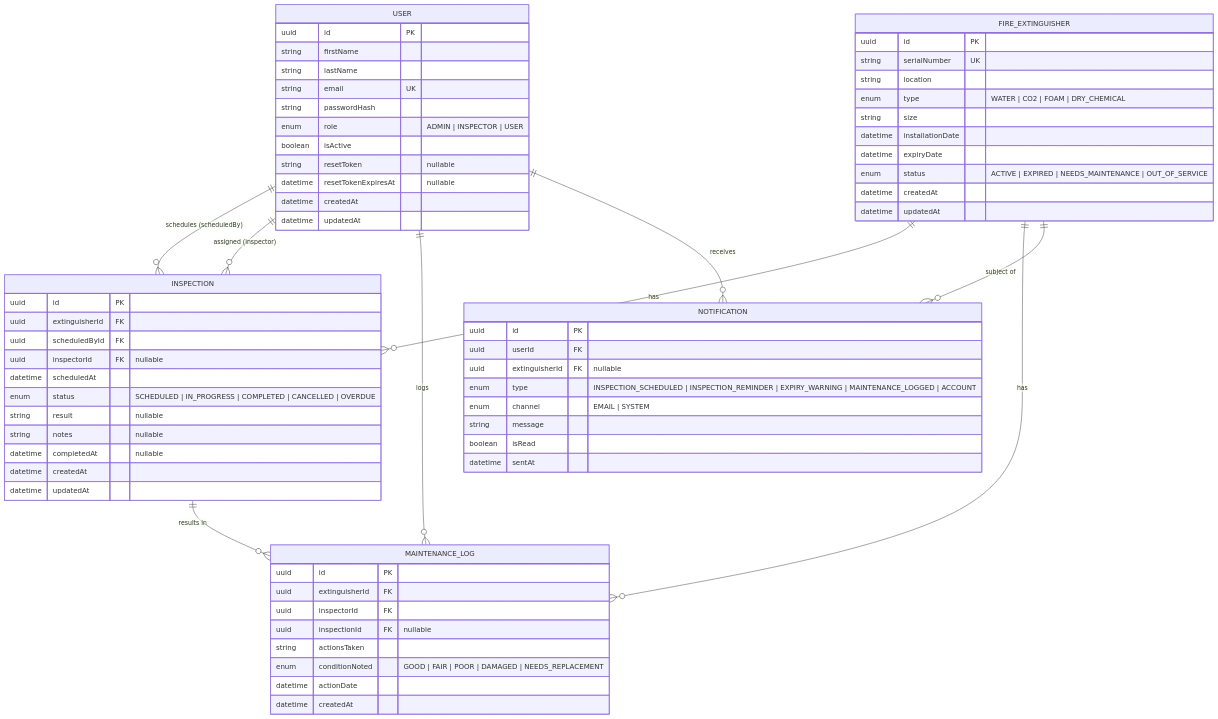
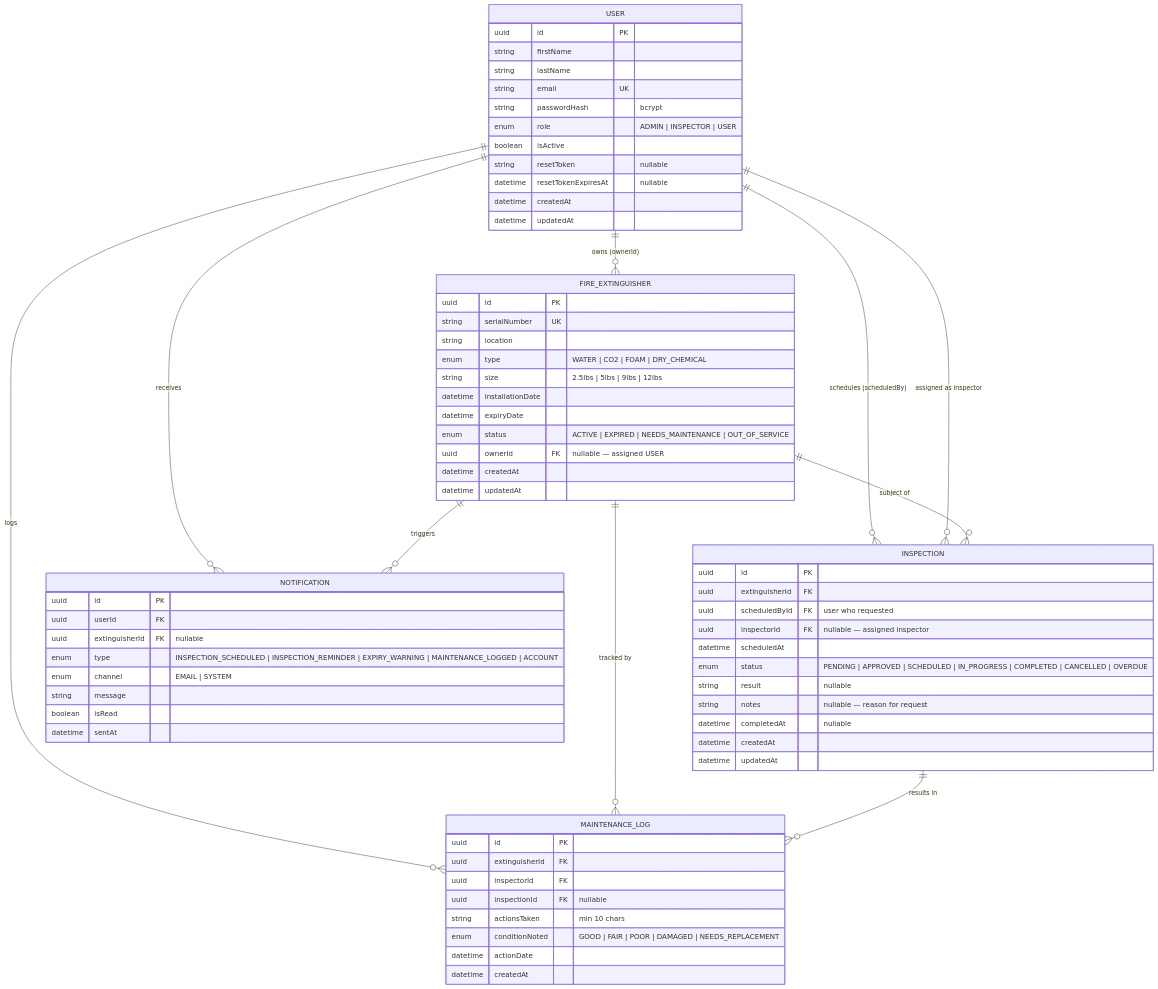
The diagram in docs/fems-er-diagram.mmd (Ndahiroloicke/FEMS), drawn with Mermaid before and after one commit. The commit also changed 3 other files, not shown here.

```diff
--- a/docs/fems-er-diagram.mmd
+++ b/docs/fems-er-diagram.mmd
@@ -1,75 +1,78 @@
-%% Fire Extinguisher Management System (FEMS) — Database Model (ER Diagram)
+%% Fire Extinguisher Management System (FEMS) — Database ER Diagram (v2)
+%% Updated: ownerId on FIRE_EXTINGUISHER, PENDING/APPROVED inspection statuses.
 %% Paste into https://mermaid.live or any Mermaid renderer.
 
 erDiagram
+  USER ||--o{ FIRE_EXTINGUISHER : "owns (ownerId)"
   USER ||--o{ INSPECTION : "schedules (scheduledBy)"
-  USER ||--o{ INSPECTION : "assigned (inspector)"
+  USER ||--o{ INSPECTION : "assigned as inspector"
   USER ||--o{ MAINTENANCE_LOG : "logs"
   USER ||--o{ NOTIFICATION : "receives"
-  FIRE_EXTINGUISHER ||--o{ INSPECTION : "has"
-  FIRE_EXTINGUISHER ||--o{ MAINTENANCE_LOG : "has"
-  FIRE_EXTINGUISHER ||--o{ NOTIFICATION : "subject of"
+  FIRE_EXTINGUISHER ||--o{ INSPECTION : "subject of"
+  FIRE_EXTINGUISHER ||--o{ MAINTENANCE_LOG : "tracked by"
+  FIRE_EXTINGUISHER ||--o{ NOTIFICATION : "triggers"
   INSPECTION ||--o{ MAINTENANCE_LOG : "results in"
 
   USER {
     uuid     id PK
     string   firstName
     string   lastName
     string   email UK
-    string   passwordHash
+    string   passwordHash "bcrypt"
     enum     role "ADMIN | INSPECTOR | USER"
     boolean  isActive
     string   resetToken "nullable"
     datetime resetTokenExpiresAt "nullable"
     datetime createdAt
     datetime updatedAt
   }
 
   FIRE_EXTINGUISHER {
     uuid     id PK
     string   serialNumber UK
     string   location
     enum     type "WATER | CO2 | FOAM | DRY_CHEMICAL"
-    string   size
+    string   size "2.5lbs | 5lbs | 9lbs | 12lbs"
     datetime installationDate
     datetime expiryDate
     enum     status "ACTIVE | EXPIRED | NEEDS_MAINTENANCE | OUT_OF_SERVICE"
+    uuid     ownerId FK "nullable — assigned USER"
     datetime createdAt
     datetime updatedAt
   }
 
   INSPECTION {
     uuid     id PK
     uuid     extinguisherId FK
-    uuid     scheduledById FK
-    uuid     inspectorId FK "nullable"
+    uuid     scheduledById FK "user who requested"
+    uuid     inspectorId FK "nullable — assigned inspector"
     datetime scheduledAt
-    enum     status "SCHEDULED | IN_PROGRESS | COMPLETED | CANCELLED | OVERDUE"
+    enum     status "PENDING | APPROVED | SCHEDULED | IN_PROGRESS | COMPLETED | CANCELLED | OVERDUE"
     string   result "nullable"
-    string   notes "nullable"
+    string   notes "nullable — reason for request"
     datetime completedAt "nullable"
     datetime createdAt
     datetime updatedAt
   }
 
   MAINTENANCE_LOG {
     uuid     id PK
     uuid     extinguisherId FK
     uuid     inspectorId FK
     uuid     inspectionId FK "nullable"
-    string   actionsTaken
+    string   actionsTaken "min 10 chars"
     enum     conditionNoted "GOOD | FAIR | POOR | DAMAGED | NEEDS_REPLACEMENT"
     datetime actionDate
     datetime createdAt
   }
 
   NOTIFICATION {
     uuid     id PK
     uuid     userId FK
     uuid     extinguisherId FK "nullable"
     enum     type "INSPECTION_SCHEDULED | INSPECTION_REMINDER | EXPIRY_WARNING | MAINTENANCE_LOGGED | ACCOUNT"
     enum     channel "EMAIL | SYSTEM"
     string   message
     boolean  isRead
     datetime sentAt
   }
```
